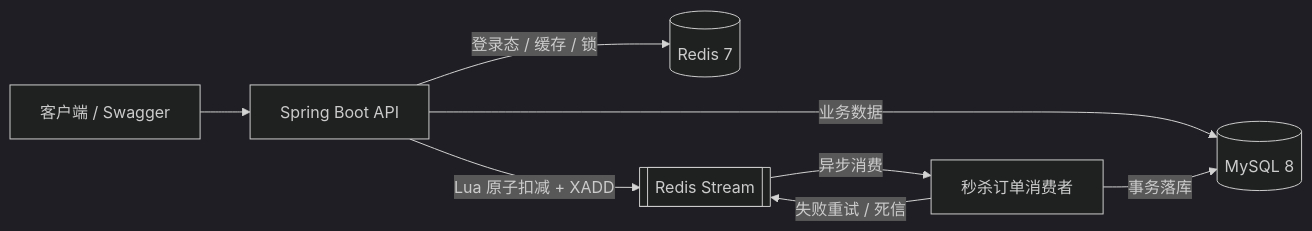
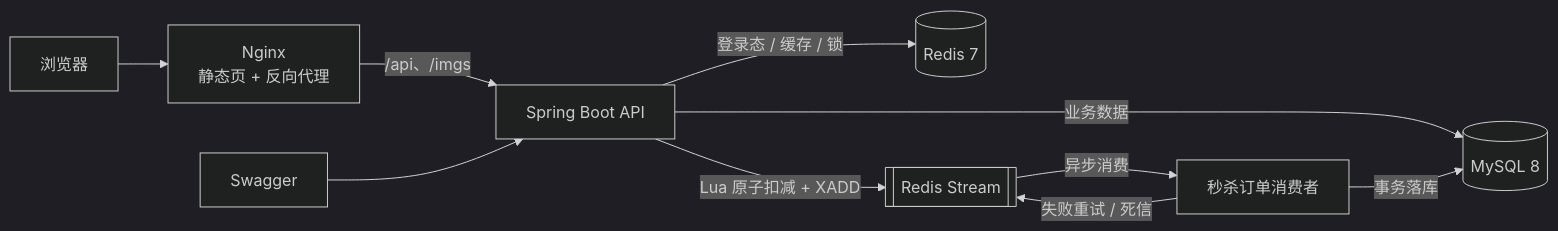
Before and after one commit to lyt123-wd/java-: the first of 2 diagrams in tandian/README.md, drawn with Mermaid (dark theme). The commit also changed other lines of this file and 90 other files, not shown here.

````diff
--- a/tandian/README.md
+++ b/tandian/README.md
@@ -50,10 +51,12 @@
 ```mermaid
 flowchart LR
-    C[客户端 / Swagger] --> API[Spring Boot API]
+    B[浏览器] --> N[Nginx<br/>静态页 + 反向代理]
+    N -->|/api、/imgs| API[Spring Boot API]
+    C[Swagger] --> API
     API -->|登录态 / 缓存 / 锁| R[(Redis 7)]
     API -->|业务数据| M[(MySQL 8)]
     API -->|Lua 原子扣减 + XADD| S[[Redis Stream]]
     S -->|异步消费| Consumer[秒杀订单消费者]
     Consumer -->|事务落库| M
     Consumer -->|失败重试 / 死信| S
 ```
````
